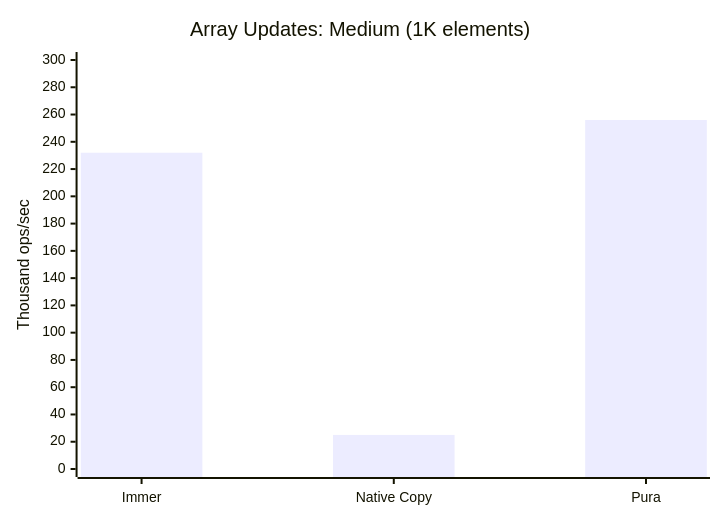
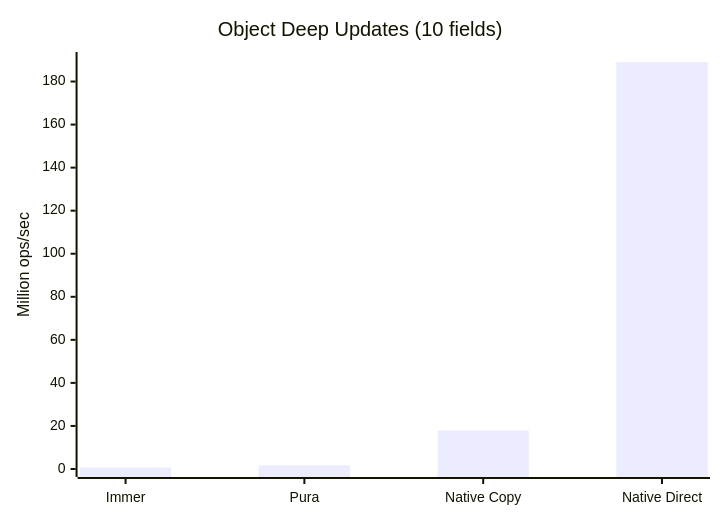
Before and after one commit to SylphxAI/pura: the third of 5 diagrams in README.md, drawn with Mermaid. The commit also changed other lines of this file, not shown here.

First line of the commit message:
docs(readme): replace speedup charts with absolute performance values

````diff
--- a/README.md
+++ b/README.md
@@ -264,13 +273,13 @@
 ```mermaid
 ---
 config:
   themeVariables:
     xyChart:
       backgroundColor: "transparent"
 ---
 xychart-beta
-    title "Array Updates: Medium (1K elements)"
-    x-axis ["Immer", "Native Copy", "Pura"]
-    y-axis "Thousand ops/sec" 0 --> 300
-    bar [232, 25, 256]
+    title "Object Deep Updates (10 fields)"
+    x-axis ["Immer", "Pura", "Native Copy", "Native Direct"]
+    y-axis "Million ops/sec" 0 --> 190
+    bar [0.681, 1.70, 17.9, 189]
 ```
````
